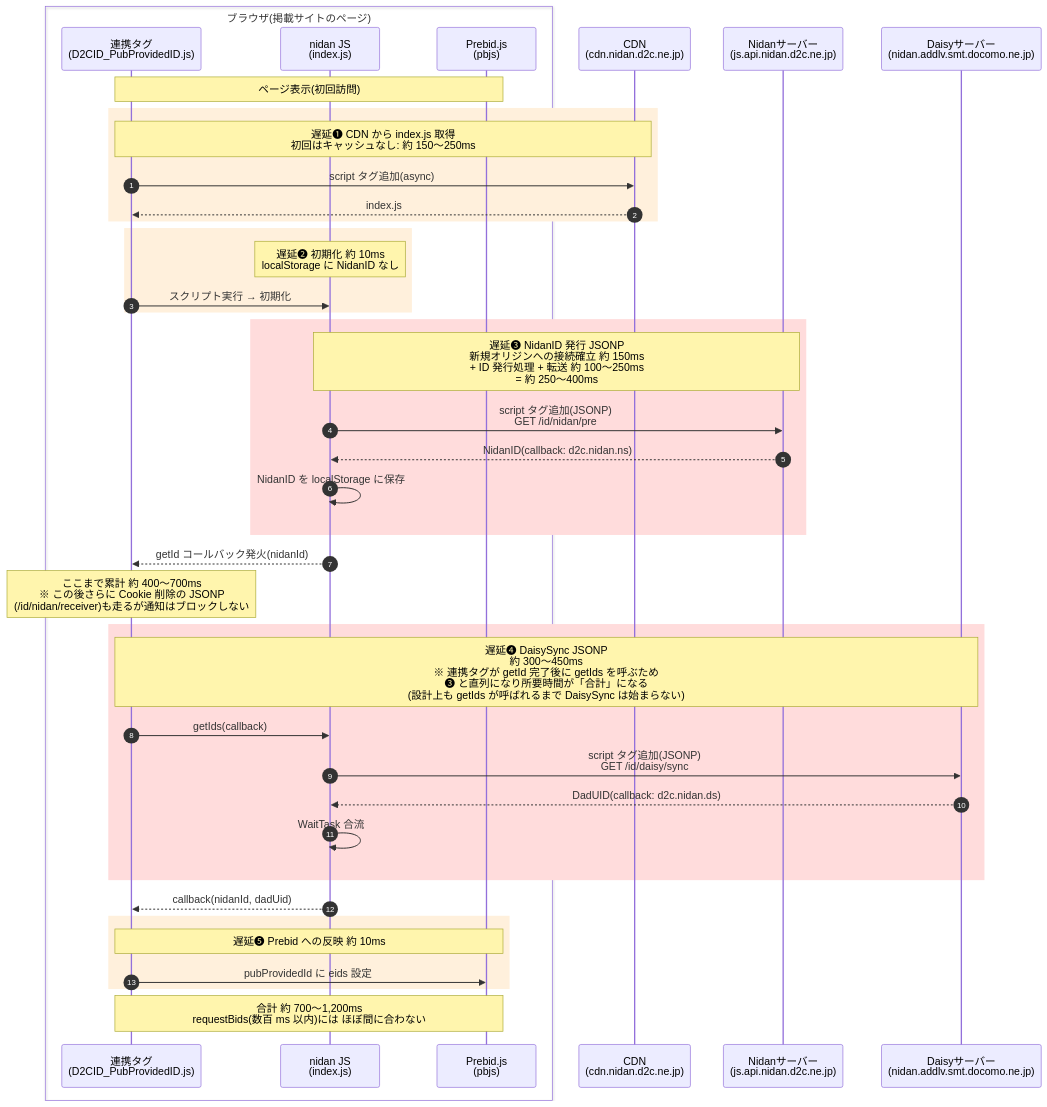
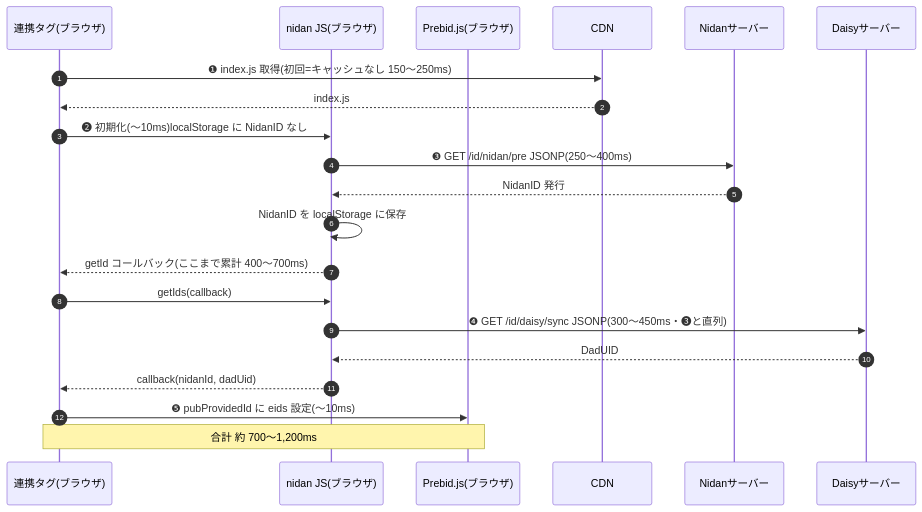
Before and after one commit to kyohei-takita-d2c/docomoid-docs: the second of 2 diagrams in sequences/prebid_latency.md, drawn with Mermaid. The commit also changed other lines of this file, not shown here.

Commit message:
githubで表示できない図を修正

````diff
--- a/sequences/prebid_latency.md
+++ b/sequences/prebid_latency.md
@@ -83,52 +62,24 @@
 ```mermaid
 sequenceDiagram
     autonumber
-    box ブラウザ(掲載サイトのページ)
-        participant Tag as 連携タグ<br/>(D2CID_PubProvidedID.js)
-        participant JS as nidan JS<br/>(index.js)
-        participant Pbjs as Prebid.js<br/>(pbjs)
-    end
-    participant CDN as CDN<br/>(cdn.nidan.d2c.ne.jp)
-    participant NAPI as Nidanサーバー<br/>(js.api.nidan.d2c.ne.jp)
-    participant DAPI as Daisyサーバー<br/>(nidan.addlv.smt.docomo.ne.jp)
+    participant Tag as 連携タグ(ブラウザ)
+    participant JS as nidan JS(ブラウザ)
+    participant Pbjs as Prebid.js(ブラウザ)
+    participant CDN as CDN
+    participant NAPI as Nidanサーバー
+    participant DAPI as Daisyサーバー
 
-    Note over Tag,Pbjs: ページ表示(初回訪問)
-
-    rect rgb(255, 240, 220)
-        Note over Tag,CDN: 遅延❶ CDN から index.js 取得<br/>初回はキャッシュなし: 約 150〜250ms
-        Tag->>CDN: script タグ追加(async)
-        CDN-->>Tag: index.js
-    end
-
-    rect rgb(255, 240, 220)
-        Note over JS: 遅延❷ 初期化 約 10ms<br/>localStorage に NidanID なし
-        Tag->>JS: スクリプト実行 → 初期化
-    end
-
-    rect rgb(255, 220, 220)
-        Note over JS,NAPI: 遅延❸ NidanID 発行 JSONP<br/>新規オリジンへの接続確立 約 150ms<br/>+ ID 発行処理 + 転送 約 100〜250ms<br/>= 約 250〜400ms
-        JS->>NAPI: script タグ追加(JSONP)<br/>GET /id/nidan/pre
-        NAPI-->>JS: NidanID(callback: d2c.nidan.ns)
-        JS->>JS: NidanID を localStorage に保存
-    end
-
-    JS-->>Tag: getId コールバック発火(nidanId)
-    Note over Tag: ここまで累計 約 400〜700ms<br/>※ この後さらに Cookie 削除の JSONP<br/>(/id/nidan/receiver)も走るが通知はブロックしない
-
-    rect rgb(255, 220, 220)
-        Note over Tag,DAPI: 遅延❹ DaisySync JSONP<br/>約 300〜450ms<br/>※ 連携タグが getId 完了後に getIds を呼ぶため<br/>❸ と直列になり所要時間が「合計」になる<br/>(設計上も getIds が呼ばれるまで DaisySync は始まらない)
-        Tag->>JS: getIds(callback)
-        JS->>DAPI: script タグ追加(JSONP)<br/>GET /id/daisy/sync
-        DAPI-->>JS: DadUID(callback: d2c.nidan.ds)
-        JS->>JS: WaitTask 合流
-    end
-
+    Tag->>CDN: ❶ index.js 取得(初回=キャッシュなし 150〜250ms)
+    CDN-->>Tag: index.js
+    Tag->>JS: ❷ 初期化(〜10ms)localStorage に NidanID なし
+    JS->>NAPI: ❸ GET /id/nidan/pre JSONP(250〜400ms)
+    NAPI-->>JS: NidanID 発行
+    JS->>JS: NidanID を localStorage に保存
+    JS-->>Tag: getId コールバック(ここまで累計 400〜700ms)
+    Tag->>JS: getIds(callback)
+    JS->>DAPI: ❹ GET /id/daisy/sync JSONP(300〜450ms・❸と直列)
+    DAPI-->>JS: DadUID
     JS-->>Tag: callback(nidanId, dadUid)
-
-    rect rgb(255, 240, 220)
-        Note over Tag,Pbjs: 遅延❺ Prebid への反映 約 10ms
-        Tag->>Pbjs: pubProvidedId に eids 設定
-    end
-
-    Note over Tag,Pbjs: 合計 約 700〜1,200ms<br/>requestBids(数百 ms 以内)には ほぼ間に合わない
+    Tag->>Pbjs: ❺ pubProvidedId に eids 設定(〜10ms)
+    Note over Tag,Pbjs: 合計 約 700〜1,200ms
 ```
````
